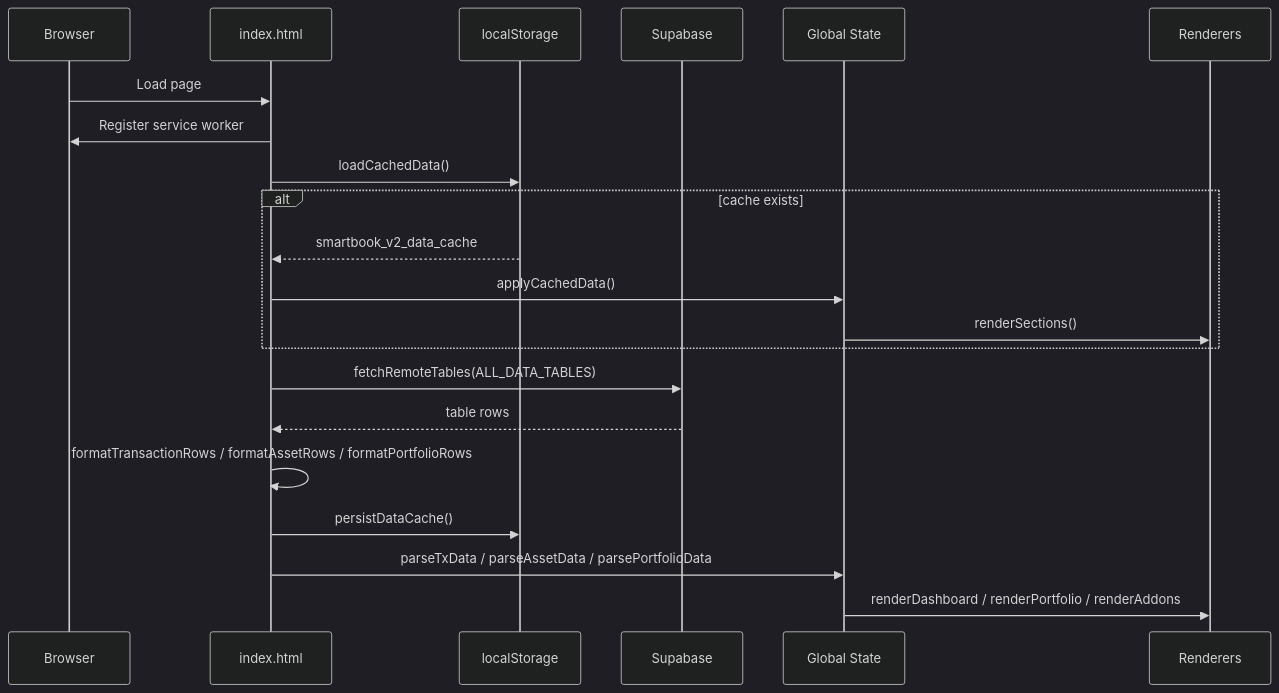
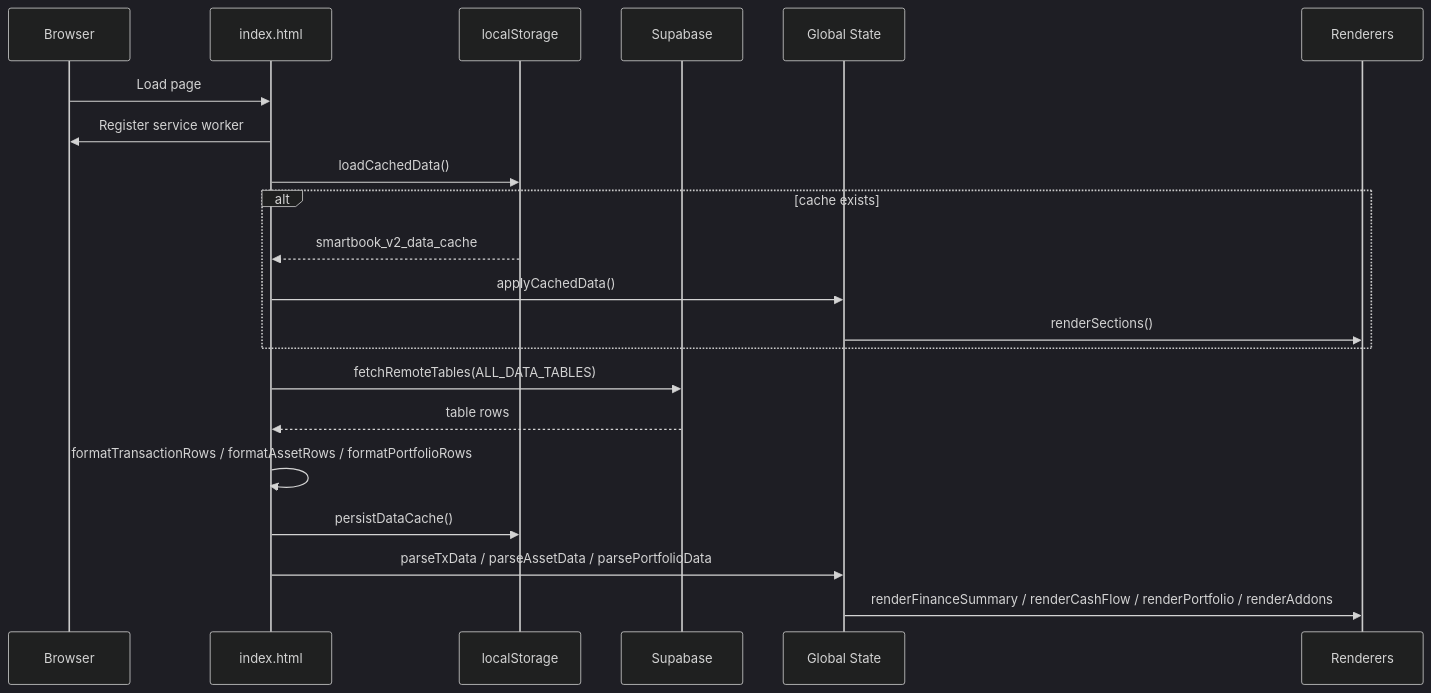
Before and after one commit to ksg0694-ops/NetVisualizer: the seventh of 13 diagrams in docs/02-design/current-architecture-map.md, drawn with Mermaid (dark theme). The commit also changed other lines of this file and 2 other files, not shown here.

Commit message:
Simplify cash flow overview

````diff
--- a/docs/02-design/current-architecture-map.md
+++ b/docs/02-design/current-architecture-map.md
@@ -142,24 +142,24 @@
 ```mermaid
 sequenceDiagram
     participant Browser
     participant Index as index.html
     participant Cache as localStorage
     participant Supabase
     participant State as Global State
     participant UI as Renderers
 
     Browser->>Index: Load page
     Index->>Browser: Register service worker
     Index->>Cache: loadCachedData()
     alt cache exists
         Cache-->>Index: smartbook_v2_data_cache
         Index->>State: applyCachedData()
         State->>UI: renderSections()
     end
     Index->>Supabase: fetchRemoteTables(ALL_DATA_TABLES)
     Supabase-->>Index: table rows
     Index->>Index: formatTransactionRows / formatAssetRows / formatPortfolioRows
     Index->>Cache: persistDataCache()
     Index->>State: parseTxData / parseAssetData / parsePortfolioData
-    State->>UI: renderDashboard / renderPortfolio / renderAddons
+    State->>UI: renderFinanceSummary / renderCashFlow / renderPortfolio / renderAddons
 ```
````
